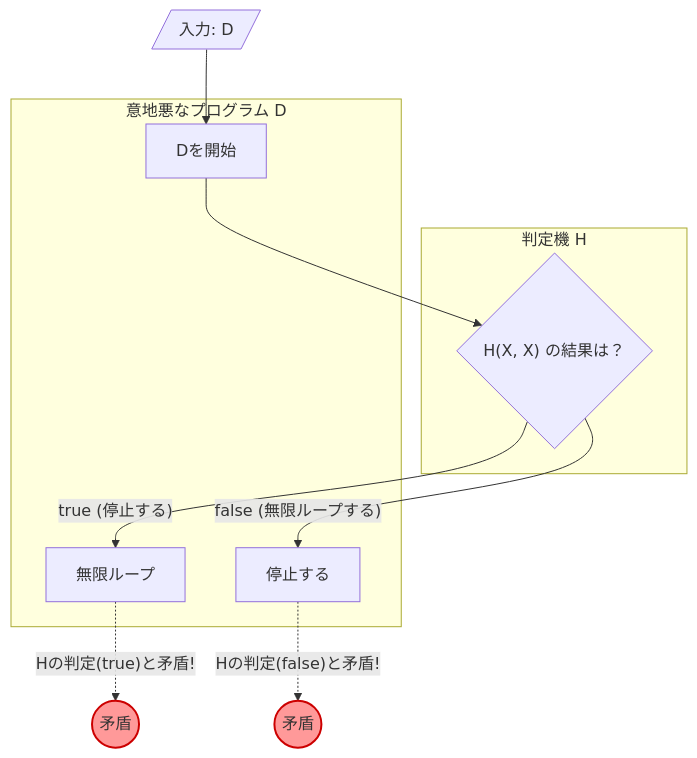
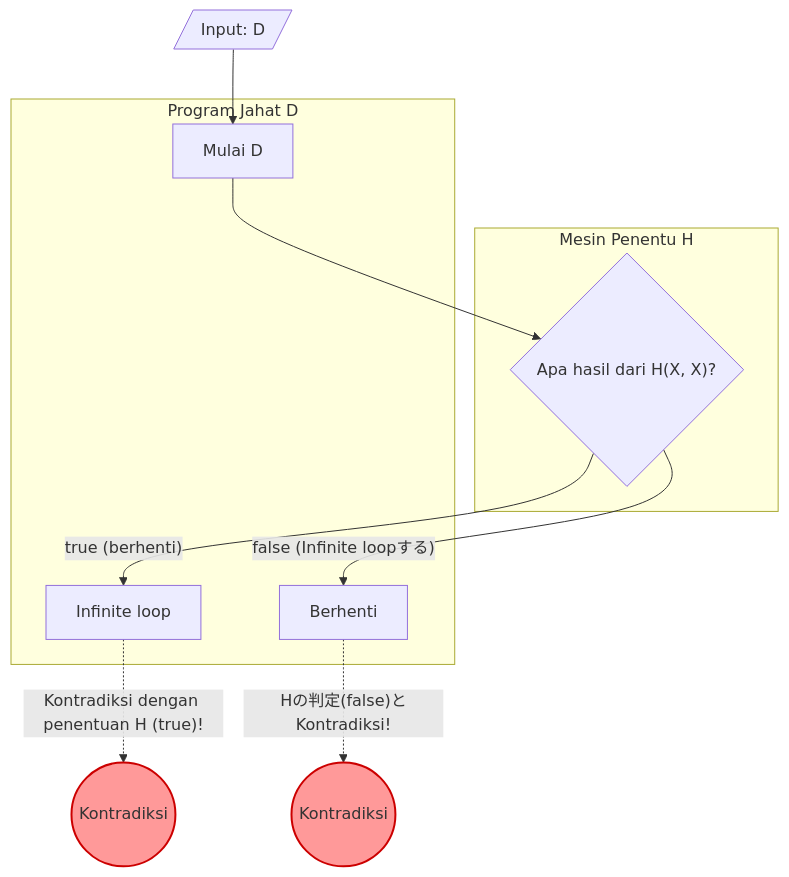
Before and after one commit to kenjinote/blog: the diagram in content/post/halting-problem/index.id.md, drawn with Mermaid. The commit also changed 28 other files, not shown here.

Commit message:
Translate Japanese text inside Mermaid diagrams to respective languages

````diff
--- a/content/post/halting-problem/index.id.md
+++ b/content/post/halting-problem/index.id.md
@@ -126,22 +126,22 @@
 ```mermaid
 graph TD
-    subgraph "判定機 H"
-        H{"H(X, X) の結果は？"}
+    subgraph "Mesin Penentu H"
+        H{"Apa hasil dari H(X, X)?"}
     end
 
-    subgraph "意地悪なプログラム D"
-        START["Dを開始"] --> H
-        H -->|"true (停止する)"| LOOP["無限ループ"]
-        H -->|"false (無限ループする)"| HALT["停止する"]
+    subgraph "Program Jahat D"
+        START["Mulai D"] --> H
+        H -->|"true (berhenti)"| LOOP["Infinite loop"]
+        H -->|"false (Infinite loopする)"| HALT["Berhenti"]
     end
 
-    %% D に D 自身を入力する
-    INPUT_D[/"入力: D"/] --> START
+    %% D に D 自身をInputする
+    INPUT_D[/"Input: D"/] --> START
     
-    %% 矛盾のハイライト
-    LOOP -.->|"Hの判定(true)と矛盾!"| FAIL_1(("矛盾"))
-    HALT -.->|"Hの判定(false)と矛盾!"| FAIL_2(("矛盾"))
+    %% Kontradiksiのハイライト
+    LOOP -.->|"Kontradiksi dengan penentuan H (true)!"| FAIL_1(("Kontradiksi"))
+    HALT -.->|"Hの判定(false)とKontradiksi!"| FAIL_2(("Kontradiksi"))
     
     style FAIL_1 fill:#ff9999,stroke:#cc0000,stroke-width:2px
     style FAIL_2 fill:#ff9999,stroke:#cc0000,stroke-width:2px
 ```
````
